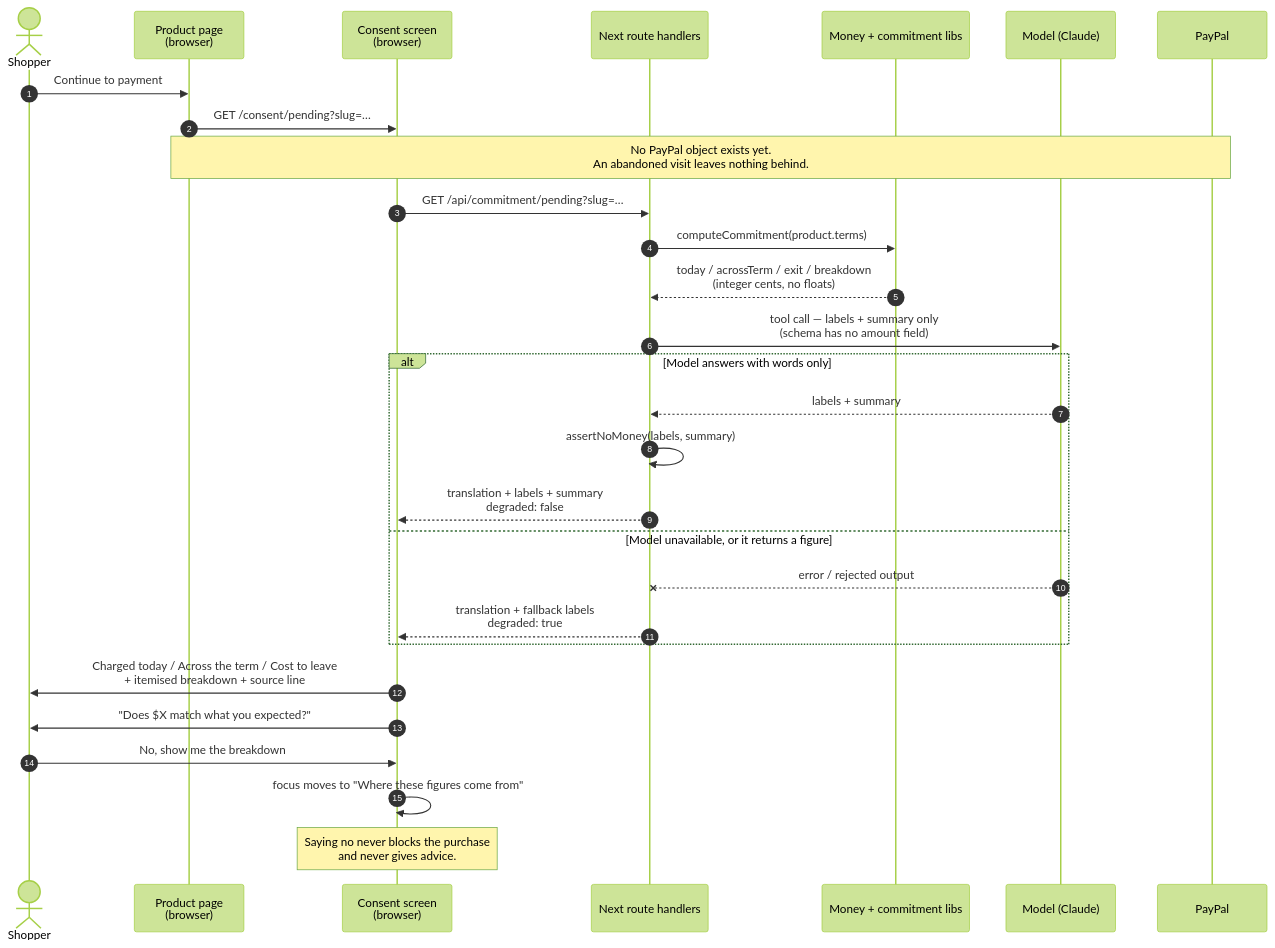
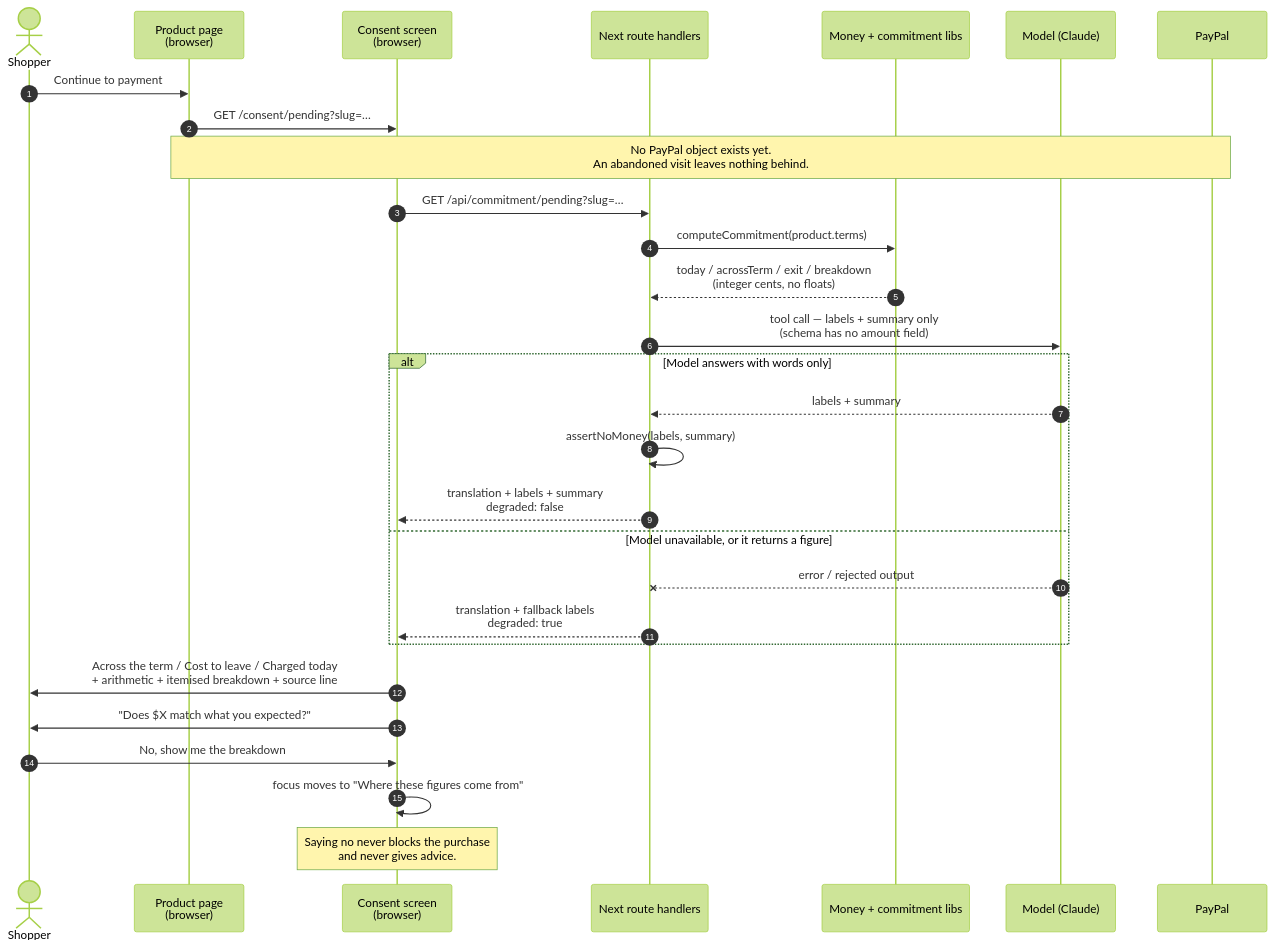
One commit to CipherCracked/reckon-paypal changed the first of 3 diagrams in docs/accessible-commerce-companion/consent-flow.md. Above: the diagram before and after it, drawn with Mermaid (forest theme). The commit also changed 13 other files, not shown here.

````diff
--- a/docs/accessible-commerce-companion/consent-flow.md
+++ b/docs/accessible-commerce-companion/consent-flow.md
@@ -15,35 +15,35 @@
 ```mermaid
 sequenceDiagram
     autonumber
     actor S as Shopper
     participant P as Product page<br/>(browser)
     participant C as Consent screen<br/>(browser)
     participant API as Next route handlers
     participant M as Money + commitment libs
     participant AI as Model (Claude)
     participant PP as PayPal
 
     S->>P: Continue to payment
     P->>C: GET /consent/pending?slug=…
     Note over P,PP: No PayPal object exists yet.<br/>An abandoned visit leaves nothing behind.
 
     C->>API: GET /api/commitment/pending?slug=…
     API->>M: computeCommitment(product.terms)
     M-->>API: today / acrossTerm / exit / breakdown<br/>(integer cents, no floats)
     API->>AI: tool call — labels + summary only<br/>(schema has no amount field)
 
     alt Model answers with words only
         AI-->>API: labels + summary
         API->>API: assertNoMoney(labels, summary)
         API-->>C: translation + labels + summary<br/>degraded: false
     else Model unavailable, or it returns a figure
         AI--xAPI: error / rejected output
         API-->>C: translation + fallback labels<br/>degraded: true
     end
 
-    C->>S: Charged today / Across the term / Cost to leave<br/>+ itemised breakdown + source line
+    C->>S: Across the term / Cost to leave / Charged today<br/>+ arithmetic + itemised breakdown + source line
     C->>S: "Does $X match what you expected?"
     S->>C: No, show me the breakdown
     C->>C: focus moves to "Where these figures come from"
     Note over C: Saying no never blocks the purchase<br/>and never gives advice.
 ```
````
